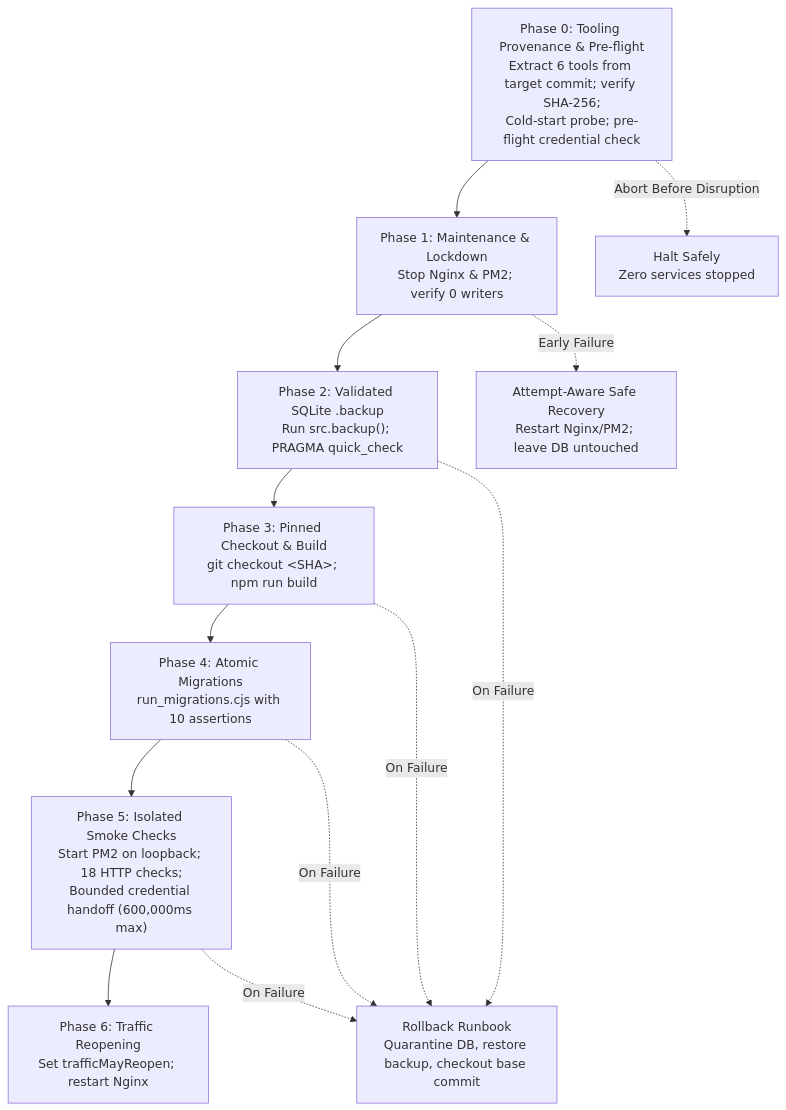
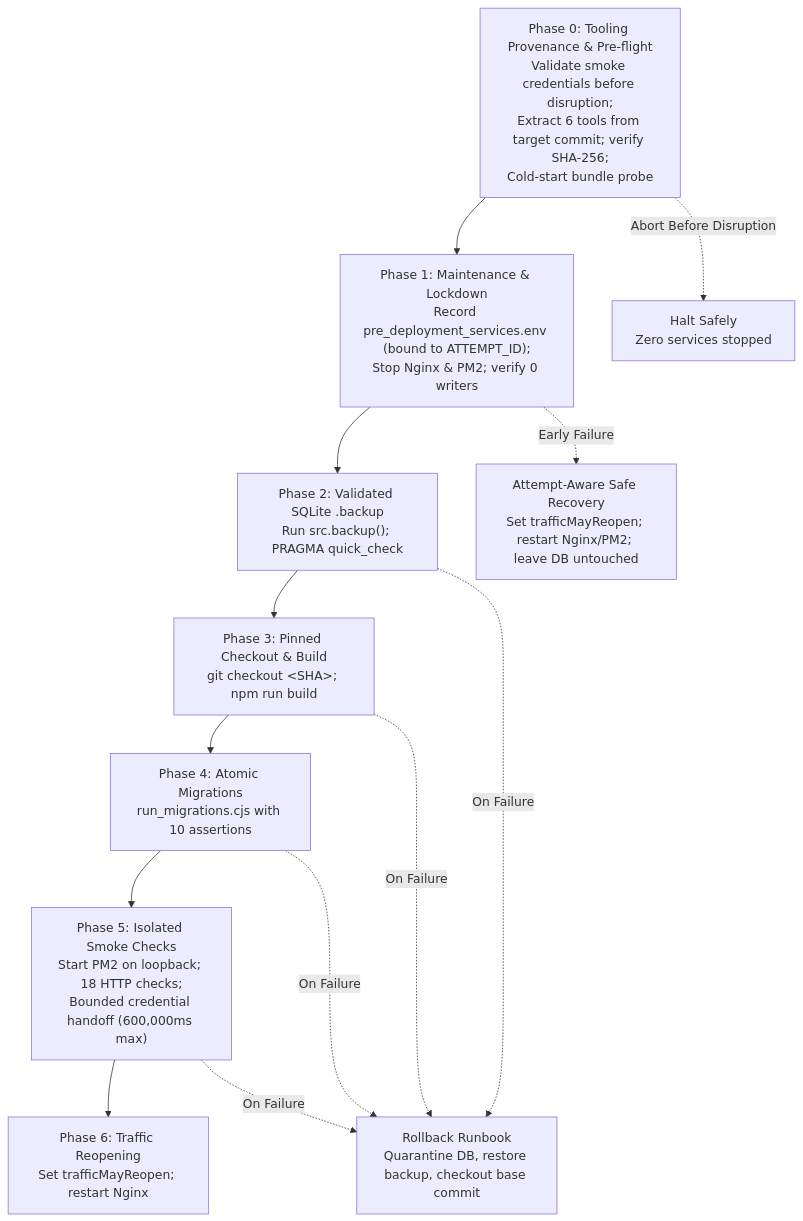
The diagram in docs/reports/super-admin-deployment-readiness.md (abir-ahamed-glitch/bfi-classroom), drawn with Mermaid before and after one commit. The commit also changed other lines of this file and 9 other files, not shown here.

````diff
--- a/docs/reports/super-admin-deployment-readiness.md
+++ b/docs/reports/super-admin-deployment-readiness.md
@@ -61,16 +61,16 @@
 ```mermaid
 flowchart TD
-    P0["Phase 0: Tooling Provenance & Pre-flight<br/>Extract 6 tools from target commit; verify SHA-256;<br/>Cold-start probe; pre-flight credential check"] --> P1["Phase 1: Maintenance & Lockdown<br/>Stop Nginx & PM2; verify 0 writers"]
+    P0["Phase 0: Tooling Provenance & Pre-flight<br/>Validate smoke credentials before disruption;<br/>Extract 6 tools from target commit; verify SHA-256;<br/>Cold-start bundle probe"] --> P1["Phase 1: Maintenance & Lockdown<br/>Record pre_deployment_services.env (bound to ATTEMPT_ID);<br/>Stop Nginx & PM2; verify 0 writers"]
     P1 --> P2["Phase 2: Validated SQLite .backup<br/>Run src.backup(); PRAGMA quick_check"]
     P2 --> P3["Phase 3: Pinned Checkout & Build<br/>git checkout &lt;SHA&gt;; npm run build"]
     P3 --> P4["Phase 4: Atomic Migrations<br/>run_migrations.cjs with 10 assertions"]
     P4 --> P5["Phase 5: Isolated Smoke Checks<br/>Start PM2 on loopback; 18 HTTP checks;<br/>Bounded credential handoff (600,000ms max)"]
     P5 --> P6["Phase 6: Traffic Reopening<br/>Set trafficMayReopen; restart Nginx"]
     
     P0 -.->|Abort Before Disruption| H["Halt Safely<br/>Zero services stopped"]
-    P1 -.->|Early Failure| R0["Attempt-Aware Safe Recovery<br/>Restart Nginx/PM2; leave DB untouched"]
+    P1 -.->|Early Failure| R0["Attempt-Aware Safe Recovery<br/>Set trafficMayReopen; restart Nginx/PM2; leave DB untouched"]
     P2 -.->|On Failure| R["Rollback Runbook<br/>Quarantine DB, restore backup, checkout base commit"]
     P3 -.->|On Failure| R
     P4 -.->|On Failure| R
     P5 -.->|On Failure| R
 ```
````
